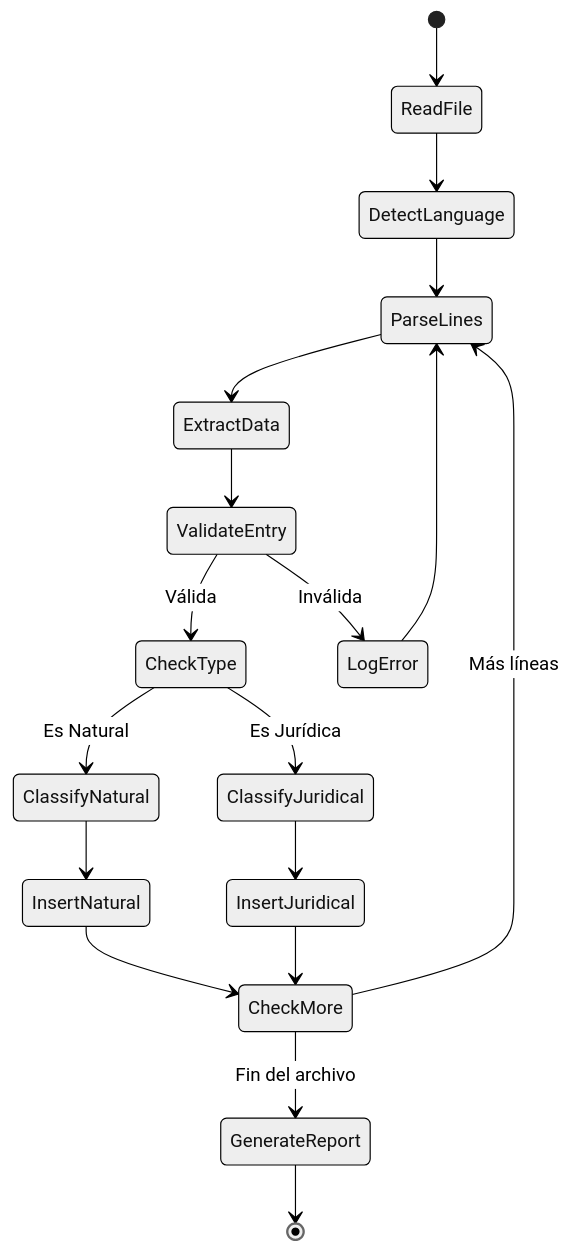
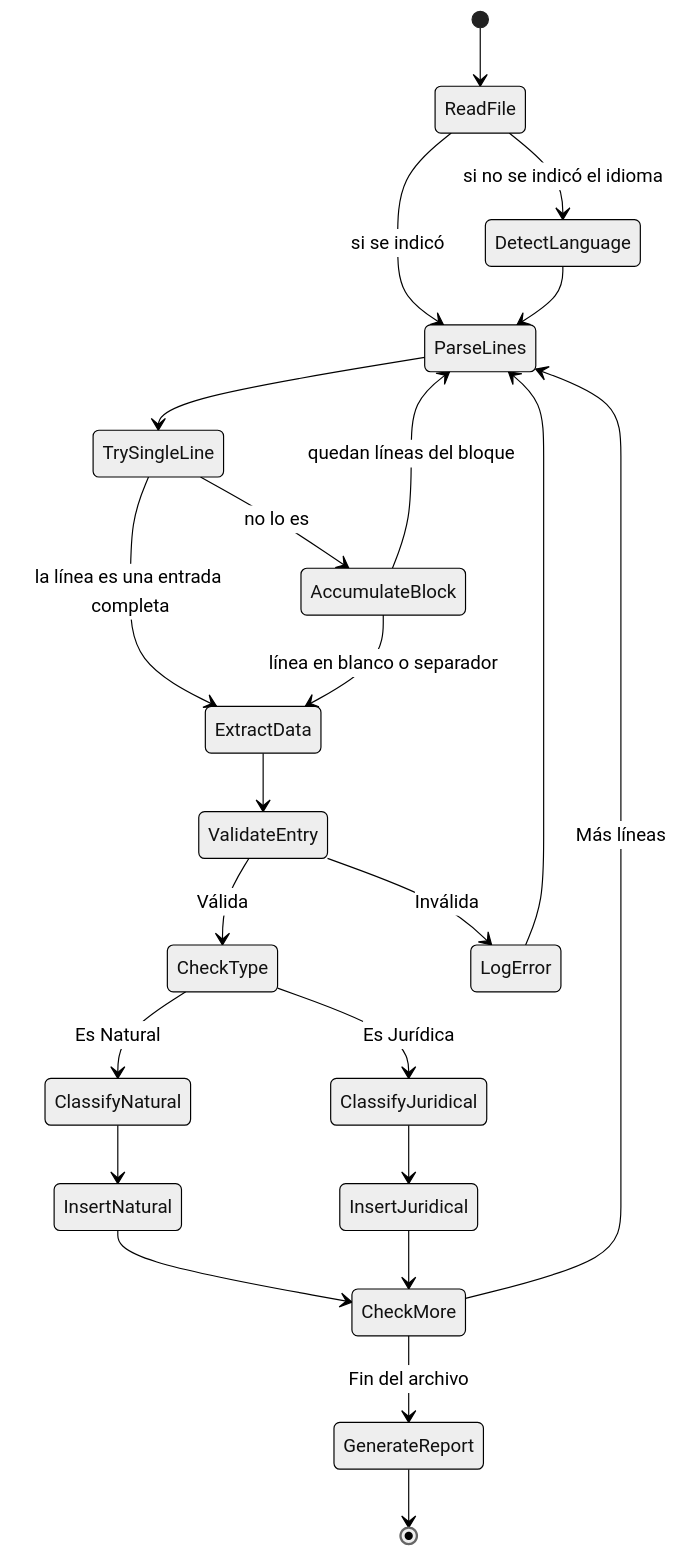
Before and after one commit to lol-protocol/php: the eighth of 11 diagrams in src/PhoneDirectory/ARCHITECTURE.md, drawn with Mermaid (neutral theme). The commit also changed other lines of this file and 7 other files, not shown here.

````diff
--- a/src/PhoneDirectory/ARCHITECTURE.md
+++ b/src/PhoneDirectory/ARCHITECTURE.md
@@ -236,29 +334,37 @@
 ```mermaid
 stateDiagram-v2
     [*] --> ReadFile
-    
-    ReadFile --> DetectLanguage
+
+    ReadFile --> DetectLanguage: si no se indicó el idioma
+    ReadFile --> ParseLines: si se indicó
+
     DetectLanguage --> ParseLines
-    
-    ParseLines --> ExtractData
+
+    ParseLines --> TrySingleLine
+    TrySingleLine --> ExtractData: la línea es una entrada completa
+    TrySingleLine --> AccumulateBlock: no lo es
+
+    AccumulateBlock --> ParseLines: quedan líneas del bloque
+    AccumulateBlock --> ExtractData: línea en blanco o separador
+
     ExtractData --> ValidateEntry
-    
+
     ValidateEntry --> CheckType: Válida
     ValidateEntry --> LogError: Inválida
-    
+
     LogError --> ParseLines
-    
+
     CheckType --> ClassifyNatural: Es Natural
     CheckType --> ClassifyJuridical: Es Jurídica
-    
+
     ClassifyNatural --> InsertNatural
     ClassifyJuridical --> InsertJuridical
-    
+
     InsertNatural --> CheckMore
     InsertJuridical --> CheckMore
-    
+
     CheckMore --> ParseLines: Más líneas
     CheckMore --> GenerateReport: Fin del archivo
-    
+
     GenerateReport --> [*]
 ```
````
